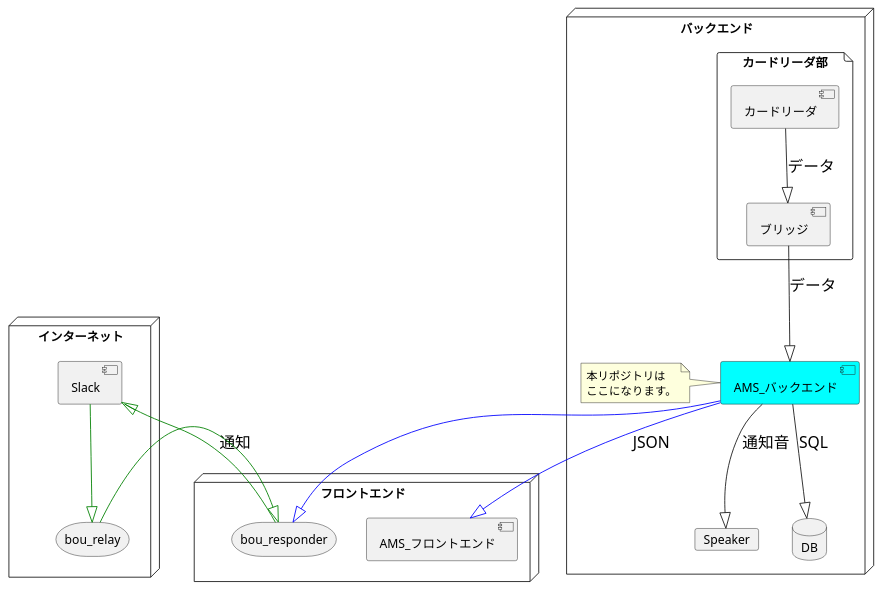
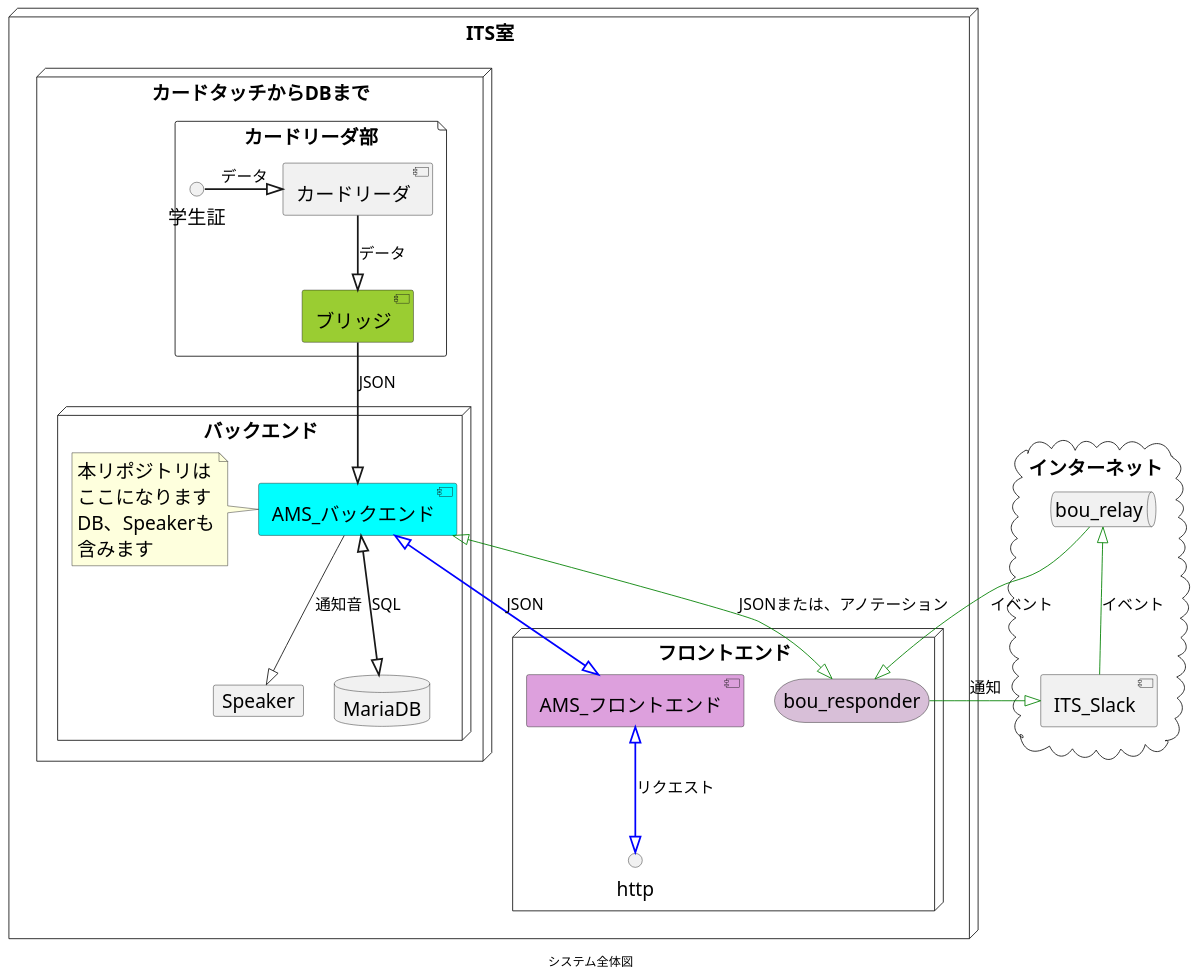
One commit to su-its/ams-backend changed the diagram in docs/PJ_map/AMS_API.puml. Above: the diagram before and after it, drawn with PlantUML. The commit also changed 2 other files, not shown here.

```diff
--- a/docs/PJ_map/AMS_API.puml
+++ b/docs/PJ_map/AMS_API.puml
@@ -1,45 +1,57 @@
 @startuml AMS_API
 
-skinparam sequence {
-    ArrowFontSize 18
+skinparam DefaultFontName メイリオ
+skinparam DefaultFontSize 22
+skinparam ArrowFontSize 18
+
+caption システム全体図
+
+node ITS室{
+    node カードタッチからDBまで {
+        file カードリーダ部{
+            interface 学生証
+            [カードリーダ]
+            [ブリッジ] #YellowGreen
+        }
+        node バックエンド {
+            [AMS_バックエンド] #Aqua
+            note left: 本リポジトリは\nここになります\nDB、Speakerも\n含みます
+            database MariaDB
+            card Speaker
+        }
+    }
+
+    node フロントエンド {
+        [AMS_フロントエンド] #plum
+        storage bou_responder #Thistle
+        interface http
+    }
+}
+cloud インターネット {
+    [ITS_Slack]
+    queue bou_relay
 }
 
-node バックエンド {
-    file カードリーダ部{
-        [カードリーダ]
-        [ブリッジ]
-    }
-    [AMS_バックエンド] #Aqua
-    note left : 本リポジトリは\nここになります。
-    database DB
-    card Speaker
-}
-
-node フロントエンド {
-    [AMS_フロントエンド]
-    storage bou_responder
-}
-
-node インターネット {
-    [Slack]
-    storage bou_relay
-}
-
-フロントエンド-[hidden]up->インターネット
+' レイアウト調整
+ITS室 -[hidden]right-> インターネット
+MariaDB -[hidden]left-> Speaker
+[ITS_Slack] -[hidden]up-> bou_relay
 
 ' カードリーダ&バックエンド部
-[カードリーダ] --^ [ブリッジ]: データ
-[ブリッジ] --^ [AMS_バックエンド]: データ
-[AMS_バックエンド] --^ DB: SQL
+学生証 =^ [カードリーダ]: データ
+[カードリーダ] ==^ [ブリッジ]: データ
+[ブリッジ] ==^ [AMS_バックエンド]: JSON
+[AMS_バックエンド] ^==^ MariaDB: SQL
 [AMS_バックエンド] --^ Speaker: 通知音
 
 ' フロンドエンド部
-[AMS_バックエンド] -[#blue]-^ [AMS_フロントエンド]: JSON
-[AMS_バックエンド] -[#blue]-^ [bou_responder]
+[AMS_バックエンド] ^=[#blue]=^ [AMS_フロントエンド]: JSON
+[AMS_バックエンド] ^-[#green]-^ [bou_responder]: JSONまたは、アノテーション
+[AMS_フロントエンド] ^=[#blue]=^ http : リクエスト
 
 ' インターネット部
-[bou_responder] -[#green]-^ [Slack]: 通知
-[Slack] -[#green]-^ [bou_relay]
-[bou_relay] -[#green]-^ [bou_responder]
+[bou_responder] -[#green]-^ [ITS_Slack]: 通知
+[ITS_Slack] -[#green]-^ [bou_relay]: イベント
+[bou_relay] -[#green]-^ [bou_responder]: イベント
 
 @enduml
```
